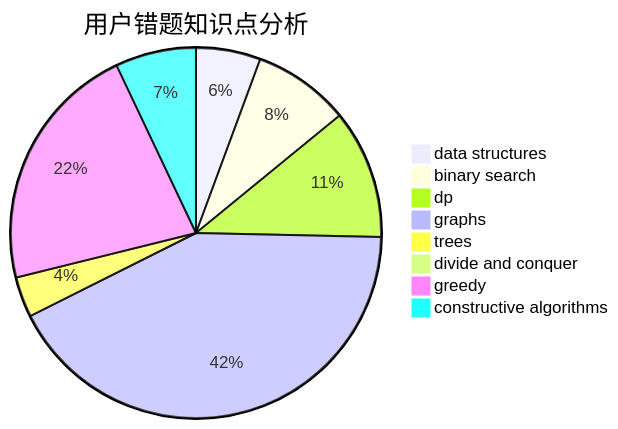
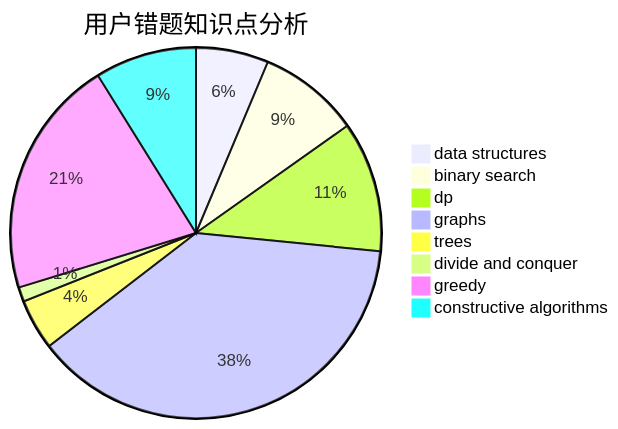
Before and after one commit to sherpahu/cfrs.github.io: the third of 3 diagrams in docs/user/u2409.md, drawn with Mermaid. The commit also changed other lines of this file and 2770 other files, not shown here.

````diff
--- a/docs/user/u2409.md
+++ b/docs/user/u2409.md
@@ -36,11 +36,11 @@
 ```mermaid
 pie title 用户错题知识点分析
-    "data structures" :  8
-    "binary search" :  12
-    "dp" :  16
+    "data structures" :  10
+    "binary search" :  14
+    "dp" :  18
     "graphs" :  60
-    "trees" :  5
-    "divide and conquer" :  0
-    "greedy" :  31
-    "constructive algorithms" :  10
+    "trees" :  7
+    "divide and conquer" :  2
+    "greedy" :  33
+    "constructive algorithms" :  14
 ```
````
